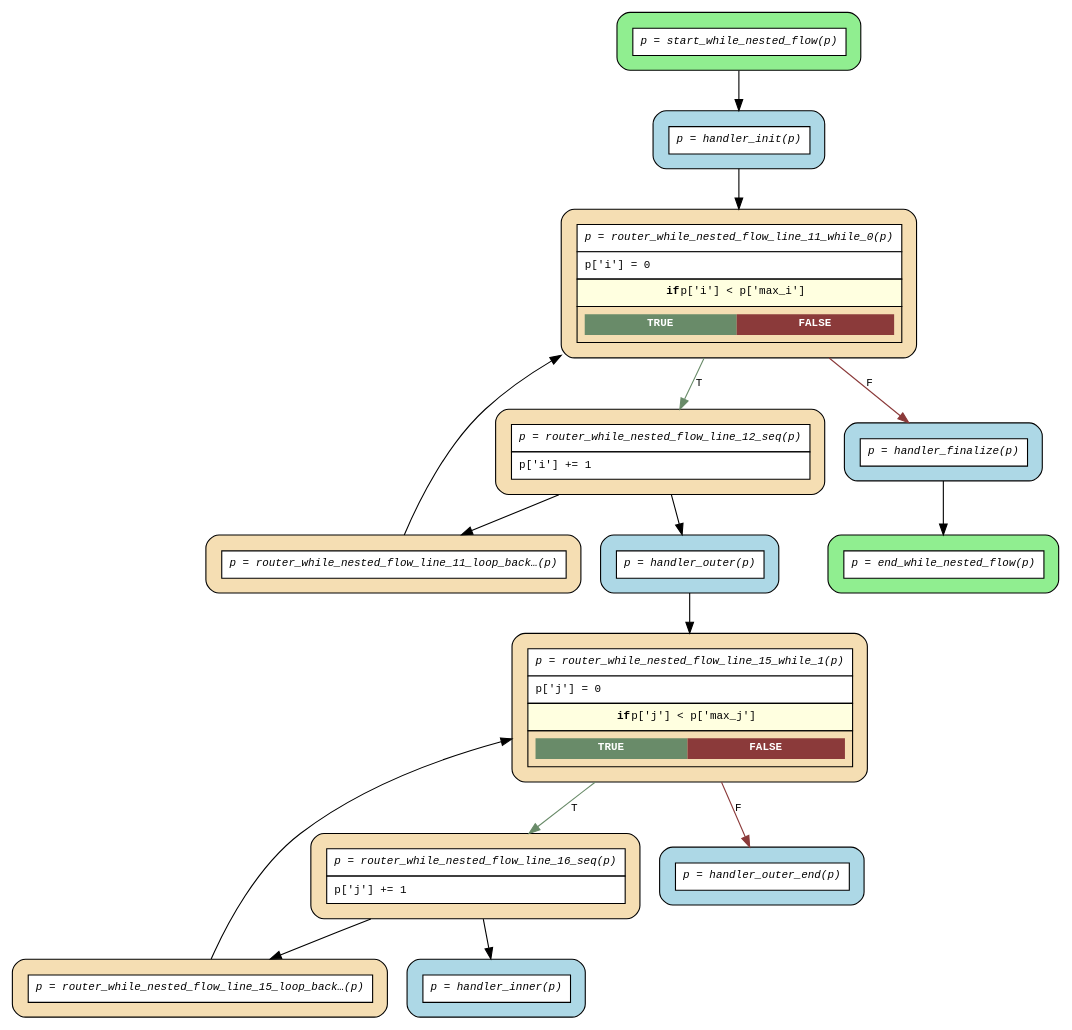
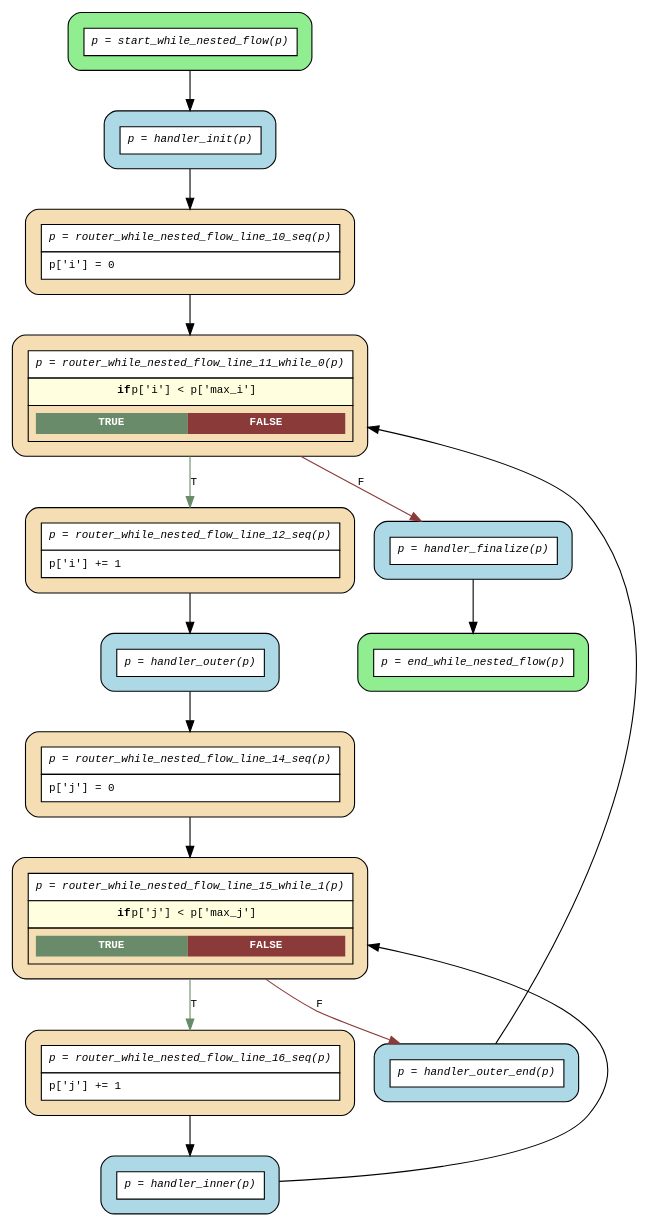
Before and after one commit to mrhillsman-enterprise-ai/asya: the diagram in examples/flows/compiled/while_nested/flow.dot, drawn with Graphviz. The commit also changed 98 other files, not shown here.

```diff
--- a/examples/flows/compiled/while_nested/flow.dot
+++ b/examples/flows/compiled/while_nested/flow.dot
@@ -1,35 +1,35 @@
 digraph flow {
   rankdir=TB;
   graph [fontname="Courier", fontsize=10];
   node [fontname="Courier", fontsize=10, shape=box, style="filled,rounded", margin="0.2"];
   edge [fontname="Courier", fontsize=10];
 
-  start_while_nested_flow [fillcolor="lightgreen", label=<<table border="0" cellspacing="0" cellpadding="6" cellborder="1"><tr><td bgcolor="white" align="center"><i>p = start_while_nested_flow(p)</i></td></tr></table>>];
-  router_while_nested_flow_line_16_seq [fillcolor="wheat", label=<<table border="0" cellspacing="0" cellpadding="6" cellborder="1"><tr><td bgcolor="white" align="center"><i>p = router_while_nested_flow_line_16_seq(p)</i></td></tr><tr><td bgcolor="white" align="left">p['j'] += 1</td></tr></table>>];
-  router_while_nested_flow_line_15_loop_back_1 [fillcolor="wheat", label=<<table border="0" cellspacing="0" cellpadding="6" cellborder="1"><tr><td bgcolor="white" align="center"><i>p = router_while_nested_flow_line_15_loop_back…(p)</i></td></tr></table>>];
-  router_while_nested_flow_line_15_while_1 [fillcolor="wheat", label=<<table border="0" cellspacing="0" cellpadding="6" cellborder="1"><tr><td bgcolor="white" align="center"><i>p = router_while_nested_flow_line_15_while_1(p)</i></td></tr><tr><td bgcolor="white" align="left">p['j'] = 0</td></tr><tr><td bgcolor="lightyellow"><b>if</b> p['j'] &lt; p['max_j']</td></tr><tr><td><table border="0" cellspacing="0" cellpadding="4"><tr><td bgcolor="darkseagreen4"><font color="white"><b>TRUE</b></font></td><td bgcolor="indianred4"><font color="white"><b>FALSE</b></font></td></tr></table></td></tr></table>>];
-  router_while_nested_flow_line_12_seq [fillcolor="wheat", label=<<table border="0" cellspacing="0" cellpadding="6" cellborder="1"><tr><td bgcolor="white" align="center"><i>p = router_while_nested_flow_line_12_seq(p)</i></td></tr><tr><td bgcolor="white" align="left">p['i'] += 1</td></tr></table>>];
-  router_while_nested_flow_line_11_loop_back_0 [fillcolor="wheat", label=<<table border="0" cellspacing="0" cellpadding="6" cellborder="1"><tr><td bgcolor="white" align="center"><i>p = router_while_nested_flow_line_11_loop_back…(p)</i></td></tr></table>>];
-  router_while_nested_flow_line_11_while_0 [fillcolor="wheat", label=<<table border="0" cellspacing="0" cellpadding="6" cellborder="1"><tr><td bgcolor="white" align="center"><i>p = router_while_nested_flow_line_11_while_0(p)</i></td></tr><tr><td bgcolor="white" align="left">p['i'] = 0</td></tr><tr><td bgcolor="lightyellow"><b>if</b> p['i'] &lt; p['max_i']</td></tr><tr><td><table border="0" cellspacing="0" cellpadding="4"><tr><td bgcolor="darkseagreen4"><font color="white"><b>TRUE</b></font></td><td bgcolor="indianred4"><font color="white"><b>FALSE</b></font></td></tr></table></td></tr></table>>];
-  end_while_nested_flow [fillcolor="lightgreen", label=<<table border="0" cellspacing="0" cellpadding="6" cellborder="1"><tr><td bgcolor="white" align="center"><i>p = end_while_nested_flow(p)</i></td></tr></table>>];
+  start_while_nested_flow [fillcolor="lightgreen", group="main", label=<<table border="0" cellspacing="0" cellpadding="6" cellborder="1"><tr><td bgcolor="white" align="center"><i>p = start_while_nested_flow(p)</i></td></tr></table>>];
+  router_while_nested_flow_line_16_seq [fillcolor="wheat", group="main", label=<<table border="0" cellspacing="0" cellpadding="6" cellborder="1"><tr><td bgcolor="white" align="center"><i>p = router_while_nested_flow_line_16_seq(p)</i></td></tr><tr><td bgcolor="white" align="left">p['j'] += 1</td></tr></table>>];
+  router_while_nested_flow_line_15_while_1 [fillcolor="wheat", group="main", label=<<table border="0" cellspacing="0" cellpadding="6" cellborder="1"><tr><td bgcolor="white" align="center"><i>p = router_while_nested_flow_line_15_while_1(p)</i></td></tr><tr><td bgcolor="lightyellow"><b>if</b> p['j'] &lt; p['max_j']</td></tr><tr><td><table border="0" cellspacing="0" cellpadding="4"><tr><td bgcolor="darkseagreen4"><font color="white"><b>TRUE</b></font></td><td bgcolor="indianred4"><font color="white"><b>FALSE</b></font></td></tr></table></td></tr></table>>];
+  router_while_nested_flow_line_14_seq [fillcolor="wheat", group="main", label=<<table border="0" cellspacing="0" cellpadding="6" cellborder="1"><tr><td bgcolor="white" align="center"><i>p = router_while_nested_flow_line_14_seq(p)</i></td></tr><tr><td bgcolor="white" align="left">p['j'] = 0</td></tr></table>>];
+  router_while_nested_flow_line_12_seq [fillcolor="wheat", group="main", label=<<table border="0" cellspacing="0" cellpadding="6" cellborder="1"><tr><td bgcolor="white" align="center"><i>p = router_while_nested_flow_line_12_seq(p)</i></td></tr><tr><td bgcolor="white" align="left">p['i'] += 1</td></tr></table>>];
+  router_while_nested_flow_line_11_while_0 [fillcolor="wheat", group="main", label=<<table border="0" cellspacing="0" cellpadding="6" cellborder="1"><tr><td bgcolor="white" align="center"><i>p = router_while_nested_flow_line_11_while_0(p)</i></td></tr><tr><td bgcolor="lightyellow"><b>if</b> p['i'] &lt; p['max_i']</td></tr><tr><td><table border="0" cellspacing="0" cellpadding="4"><tr><td bgcolor="darkseagreen4"><font color="white"><b>TRUE</b></font></td><td bgcolor="indianred4"><font color="white"><b>FALSE</b></font></td></tr></table></td></tr></table>>];
+  router_while_nested_flow_line_10_seq [fillcolor="wheat", group="main", label=<<table border="0" cellspacing="0" cellpadding="6" cellborder="1"><tr><td bgcolor="white" align="center"><i>p = router_while_nested_flow_line_10_seq(p)</i></td></tr><tr><td bgcolor="white" align="left">p['i'] = 0</td></tr></table>>];
+  end_while_nested_flow [fillcolor="lightgreen", group="main", label=<<table border="0" cellspacing="0" cellpadding="6" cellborder="1"><tr><td bgcolor="white" align="center"><i>p = end_while_nested_flow(p)</i></td></tr></table>>];
   handler_finalize [fillcolor="lightblue", label=<<table border="0" cellspacing="0" cellpadding="6" cellborder="1"><tr><td bgcolor="white" align="center"><i>p = handler_finalize(p)</i></td></tr></table>>];
   handler_init [fillcolor="lightblue", label=<<table border="0" cellspacing="0" cellpadding="6" cellborder="1"><tr><td bgcolor="white" align="center"><i>p = handler_init(p)</i></td></tr></table>>];
   handler_inner [fillcolor="lightblue", label=<<table border="0" cellspacing="0" cellpadding="6" cellborder="1"><tr><td bgcolor="white" align="center"><i>p = handler_inner(p)</i></td></tr></table>>];
   handler_outer [fillcolor="lightblue", label=<<table border="0" cellspacing="0" cellpadding="6" cellborder="1"><tr><td bgcolor="white" align="center"><i>p = handler_outer(p)</i></td></tr></table>>];
   handler_outer_end [fillcolor="lightblue", label=<<table border="0" cellspacing="0" cellpadding="6" cellborder="1"><tr><td bgcolor="white" align="center"><i>p = handler_outer_end(p)</i></td></tr></table>>];
 
   handler_finalize -> end_while_nested_flow;
-  handler_init -> router_while_nested_flow_line_11_while_0;
-  handler_outer -> router_while_nested_flow_line_15_while_1;
-  router_while_nested_flow_line_11_loop_back_0 -> router_while_nested_flow_line_11_while_0 [constraint=false];
+  handler_init -> router_while_nested_flow_line_10_seq;
+  handler_inner -> router_while_nested_flow_line_15_while_1 [constraint=false];
+  handler_outer -> router_while_nested_flow_line_14_seq;
+  handler_outer_end -> router_while_nested_flow_line_11_while_0 [constraint=false];
+  router_while_nested_flow_line_10_seq -> router_while_nested_flow_line_11_while_0;
   router_while_nested_flow_line_11_while_0 -> handler_finalize [label="F", color=indianred4];
   router_while_nested_flow_line_11_while_0 -> router_while_nested_flow_line_12_seq [label="T", color=darkseagreen4];
   router_while_nested_flow_line_12_seq -> handler_outer;
-  router_while_nested_flow_line_12_seq -> router_while_nested_flow_line_11_loop_back_0;
-  router_while_nested_flow_line_15_loop_back_1 -> router_while_nested_flow_line_15_while_1 [constraint=false];
+  router_while_nested_flow_line_14_seq -> router_while_nested_flow_line_15_while_1;
   router_while_nested_flow_line_15_while_1 -> handler_outer_end [label="F", color=indianred4];
   router_while_nested_flow_line_15_while_1 -> router_while_nested_flow_line_16_seq [label="T", color=darkseagreen4];
   router_while_nested_flow_line_16_seq -> handler_inner;
-  router_while_nested_flow_line_16_seq -> router_while_nested_flow_line_15_loop_back_1;
   start_while_nested_flow -> handler_init;
 }
```
